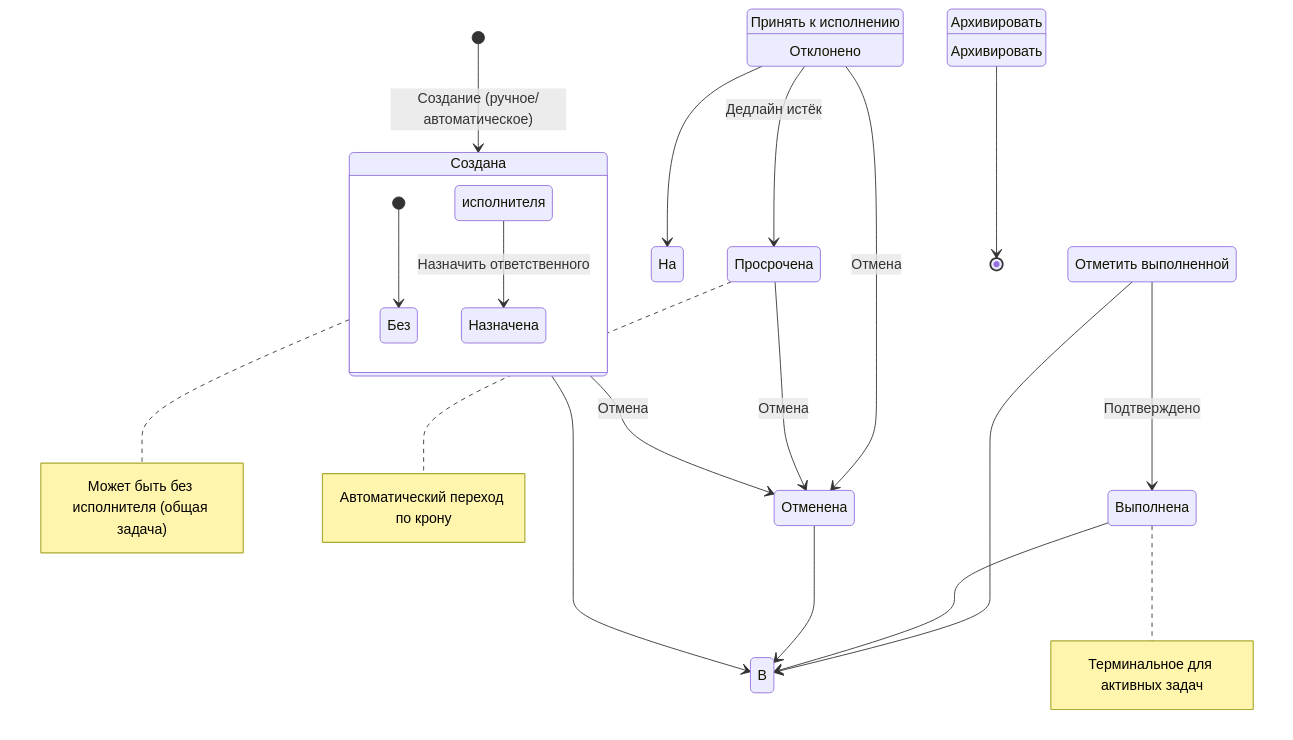
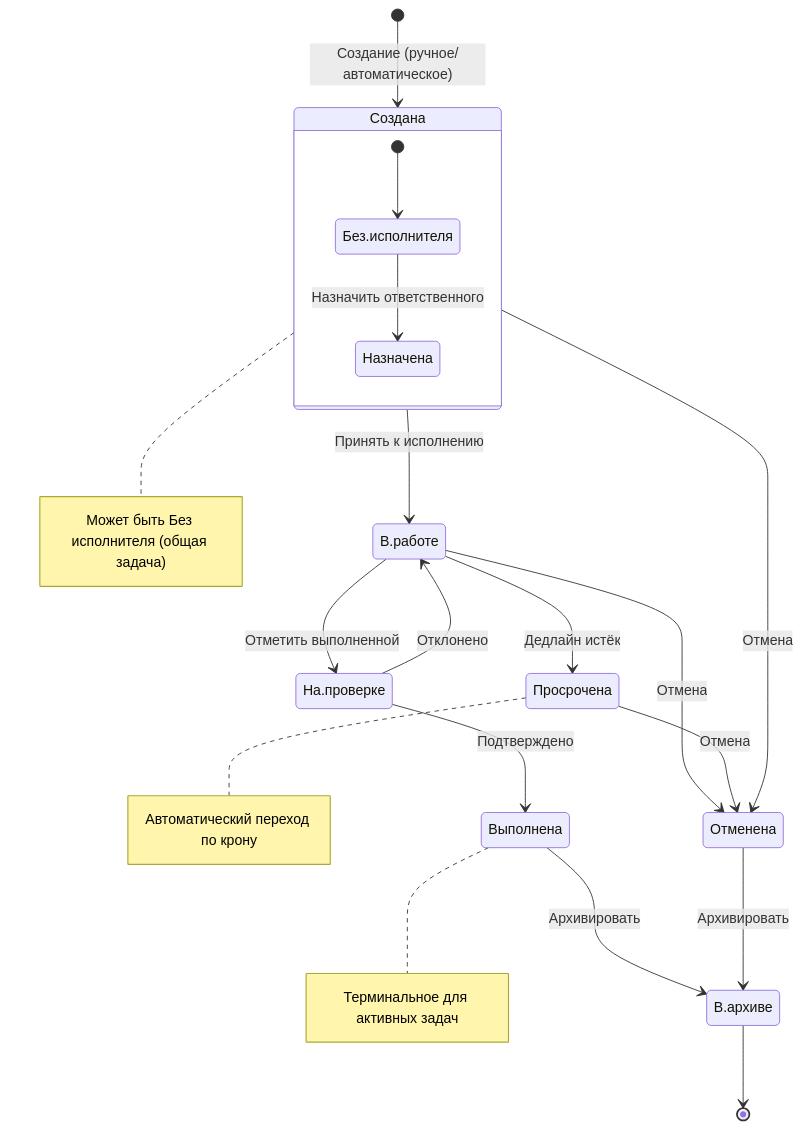
Before and after one commit to Sun1tAr/MIREA-PKIS-Practice-3: the third of 4 diagrams in Практическая работа №7. Моделирование жизненного цикла сущностей Trip Builder..md, drawn with Mermaid. The commit also changed other lines of this file, not shown here.

Commit message:
Диаграмма ворк

````diff
--- a/Практическая работа №7. Моделирование жизненного цикла сущностей Trip Builder..md
+++ b/Практическая работа №7. Моделирование жизненного цикла сущностей Trip Builder..md
@@ -118,30 +119,30 @@
 ```mermaid
 stateDiagram-v2
     [*] --> Создана: Создание (ручное/автоматическое)
     
     state Создана {
-        [*] --> Без исполнителя
-        Без исполнителя --> Назначена: Назначить ответственного
+        [*] --> Без.исполнителя
+        Без.исполнителя --> Назначена: Назначить ответственного
     }
     
-    Создана --> В работе: Принять к исполнению
-    В работе --> На проверке: Отметить выполненной
-    В работе --> Просрочена: Дедлайн истёк
+    Создана --> В.работе: Принять к исполнению
+    В.работе --> На.проверке: Отметить выполненной
+    В.работе --> Просрочена: Дедлайн истёк
     
-    На проверке --> В работе: Отклонено
-    На проверке --> Выполнена: Подтверждено
+    На.проверке --> В.работе: Отклонено
+    На.проверке --> Выполнена: Подтверждено
     
-    Выполнена --> В архиве: Архивировать
+    Выполнена --> В.архиве: Архивировать
     
     Создана --> Отменена: Отмена
-    В работе --> Отменена: Отмена
+    В.работе --> Отменена: Отмена
     Просрочена --> Отменена: Отмена
     
-    Отменена --> В архиве: Архивировать
+    Отменена --> В.архиве: Архивировать
     
-    В архиве --> [*]
+    В.архиве --> [*]
     
-    note right of Создана: Может быть без исполнителя (общая задача)
+    note right of Создана: Может быть Без исполнителя (общая задача)
     note right of Просрочена: Автоматический переход по крону
     note right of Выполнена: Терминальное для активных задач
 ```
````
